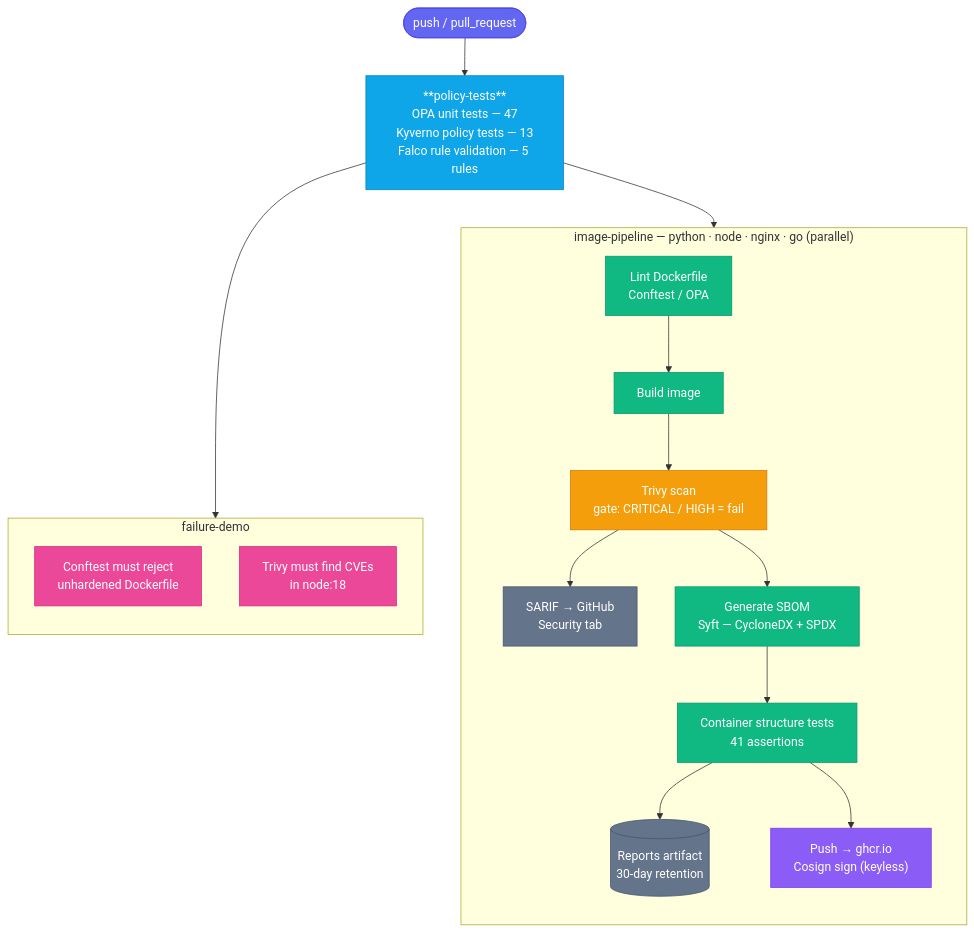
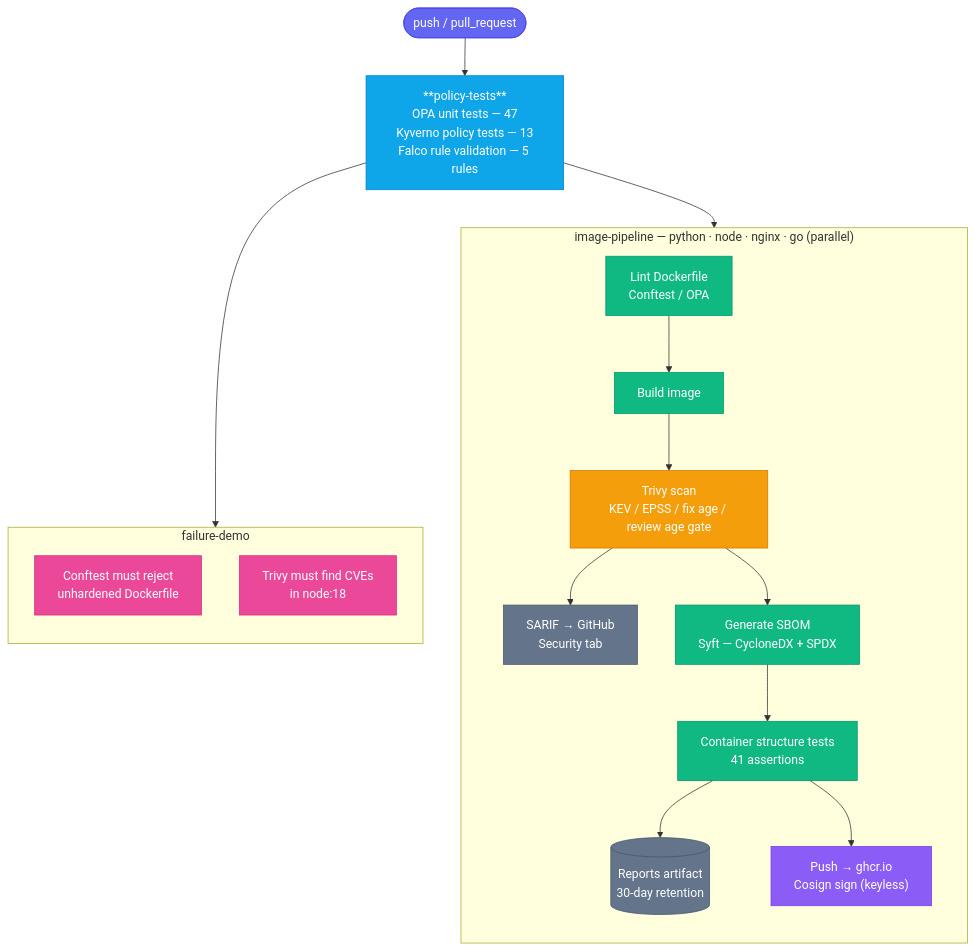
Before and after one commit to R055LE/container-hardening-lab: the diagram in README.md, drawn with Mermaid. The commit also changed other lines of this file and 3 other files, not shown here.

````diff
--- a/README.md
+++ b/README.md
@@ -205,37 +205,37 @@
 ```mermaid
 flowchart TD
     trigger([push / pull_request]):::event --> pt
 
     pt["**policy-tests**\nOPA unit tests — 47\nKyverno policy tests — 13\nFalco rule validation — 5 rules"]:::job
 
     pt --> fd
     pt --> ip
 
     subgraph fd ["  failure-demo  "]
         direction TB
         f1["Conftest must reject\nunhardened Dockerfile"]:::check
         f2["Trivy must find CVEs\nin node:18"]:::check
     end
 
     subgraph ip ["  image-pipeline — python · node · nginx · go (parallel)  "]
         direction TB
         i1["Lint Dockerfile\nConftest / OPA"]:::step --> i2
         i2["Build image"]:::step --> i3
-        i3["Trivy scan\ngate: CRITICAL / HIGH = fail"]:::gate --> i4
+        i3["Trivy scan\nKEV / EPSS / fix age / review age gate"]:::gate --> i4
         i3 --> i5
         i4["SARIF → GitHub\nSecurity tab"]:::output
         i5["Generate SBOM\nSyft — CycloneDX + SPDX"]:::step --> i6
         i6["Container structure tests\n41 assertions"]:::step --> i7
         i6 --> i8
         i7[("Reports artifact\n30-day retention")]:::output
         i8["Push → ghcr.io\nCosign sign (keyless)"]:::sign
     end
 
     classDef event  fill:#6366f1,stroke:#4f46e5,color:#fff
     classDef job    fill:#0ea5e9,stroke:#0284c7,color:#fff
     classDef step   fill:#10b981,stroke:#059669,color:#fff
     classDef gate   fill:#f59e0b,stroke:#d97706,color:#fff
     classDef check  fill:#ec4899,stroke:#db2777,color:#fff
     classDef output fill:#64748b,stroke:#475569,color:#fff
     classDef sign   fill:#8b5cf6,stroke:#7c3aed,color:#fff
 ```
````
